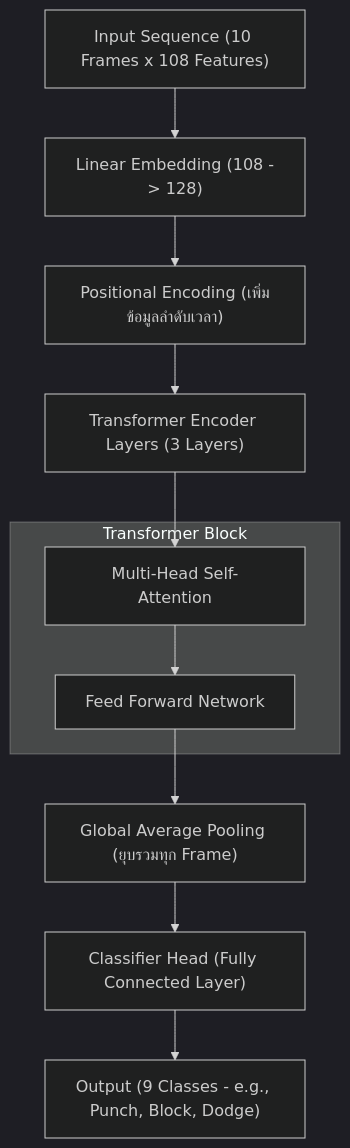
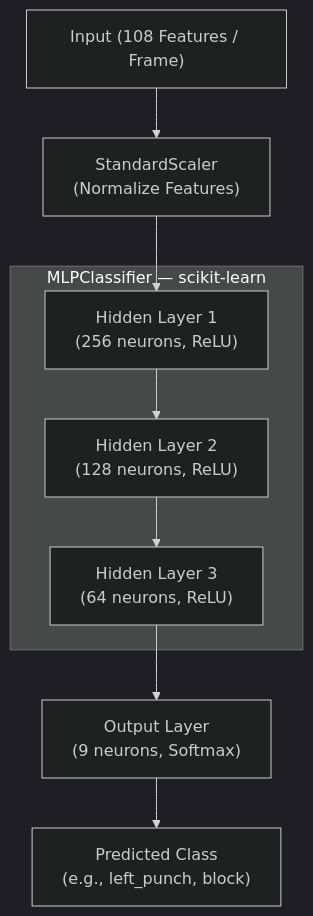
Before and after one commit to DEterMinat/ML-AI-Motion-Controller: the first of 2 diagrams in docs/model_explanation.md, drawn with Mermaid (dark theme). The commit also changed other lines of this file and 42 other files, not shown here.

````diff
--- a/docs/model_explanation.md
+++ b/docs/model_explanation.md
@@ -7,16 +7,15 @@
 ```mermaid
 graph TD
-    A["Input Sequence (10 Frames x 108 Features)"] --> B["Linear Embedding (108 -> 128)"]
-    B --> C["Positional Encoding (เพิ่มข้อมูลลำดับเวลา)"]
-    C --> D["Transformer Encoder Layers (3 Layers)"]
-    D --> E["Multi-Head Self-Attention"]
-    E --> F["Feed Forward Network"]
-    F --> G["Global Average Pooling (ยุบรวมทุก Frame)"]
-    G --> H["Classifier Head (Fully Connected Layer)"]
-    H --> I["Output (9 Classes - e.g., Punch, Block, Dodge)"]
+    A["Input (108 Features / Frame)"] --> B["StandardScaler\n(Normalize Features)"]
+    B --> C["Hidden Layer 1\n(256 neurons, ReLU)"]
+    C --> D["Hidden Layer 2\n(128 neurons, ReLU)"]
+    D --> E["Hidden Layer 3\n(64 neurons, ReLU)"]
+    E --> F["Output Layer\n(9 neurons, Softmax)"]
+    F --> G["Predicted Class\n(e.g., left_punch, block)"]
 
-    subgraph "Transformer Block"
+    subgraph "MLPClassifier — scikit-learn"
+        C
+        D
         E
-        F
     end
 ```
````
